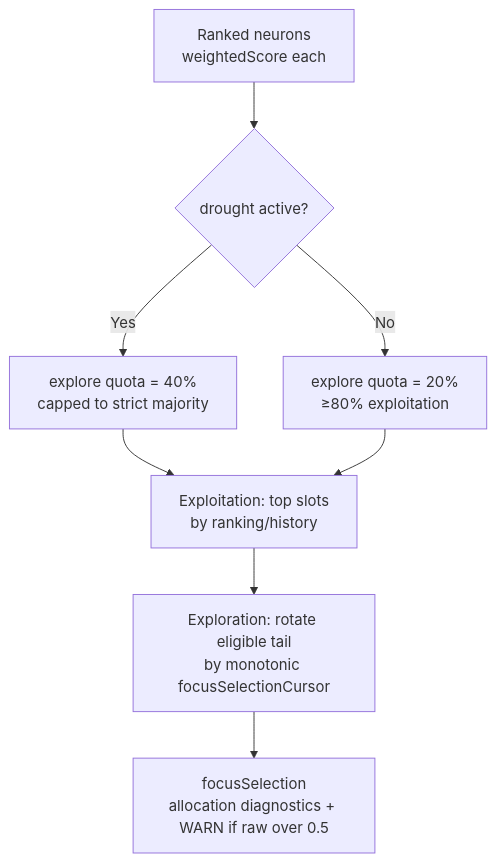
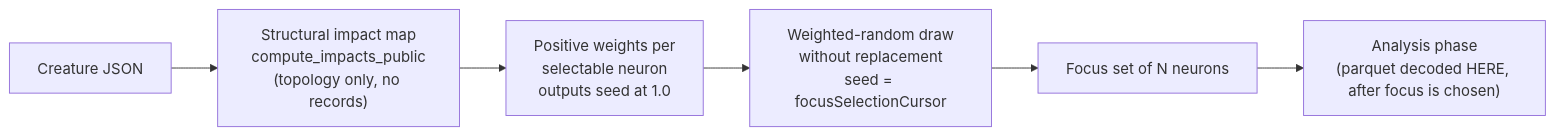
One commit to stSoftwareAU/NEAT-AI-Discovery changed the diagram in docs/FOCUS_SELECTION.md. Above: the diagram before and after it, drawn with Mermaid. The commit also changed other lines of this file and 10 other files, not shown here.

````diff
--- a/docs/FOCUS_SELECTION.md
+++ b/docs/FOCUS_SELECTION.md
@@ -165,10 +55,8 @@
 ```mermaid
-flowchart TD
-    R[Ranked neurons<br/>weightedScore each] --> Q{drought active?}
-    Q -- Yes --> W[explore quota = 40%<br/>capped to strict majority]
-    Q -- No --> N2[explore quota = 20%<br/>≥80% exploitation]
-    W --> EX[Exploitation: top slots<br/>by ranking/history]
-    N2 --> EX
-    EX --> EP[Exploration: rotate eligible tail<br/>by monotonic focusSelectionCursor]
-    EP --> O[focusSelection<br/>allocation diagnostics + WARN if raw over 0.5]
+flowchart LR
+    C[Creature JSON] --> I["Structural impact map<br/>compute_impacts_public<br/>(topology only, no records)"]
+    I --> W[Positive weights per<br/>selectable neuron<br/>outputs seed at 1.0]
+    W --> D["Weighted-random draw<br/>without replacement<br/>seed = focusSelectionCursor"]
+    D --> F[Focus set of N neurons]
+    F --> A["Analysis phase<br/>(parquet decoded HERE, after focus is chosen)"]
 ```
````
